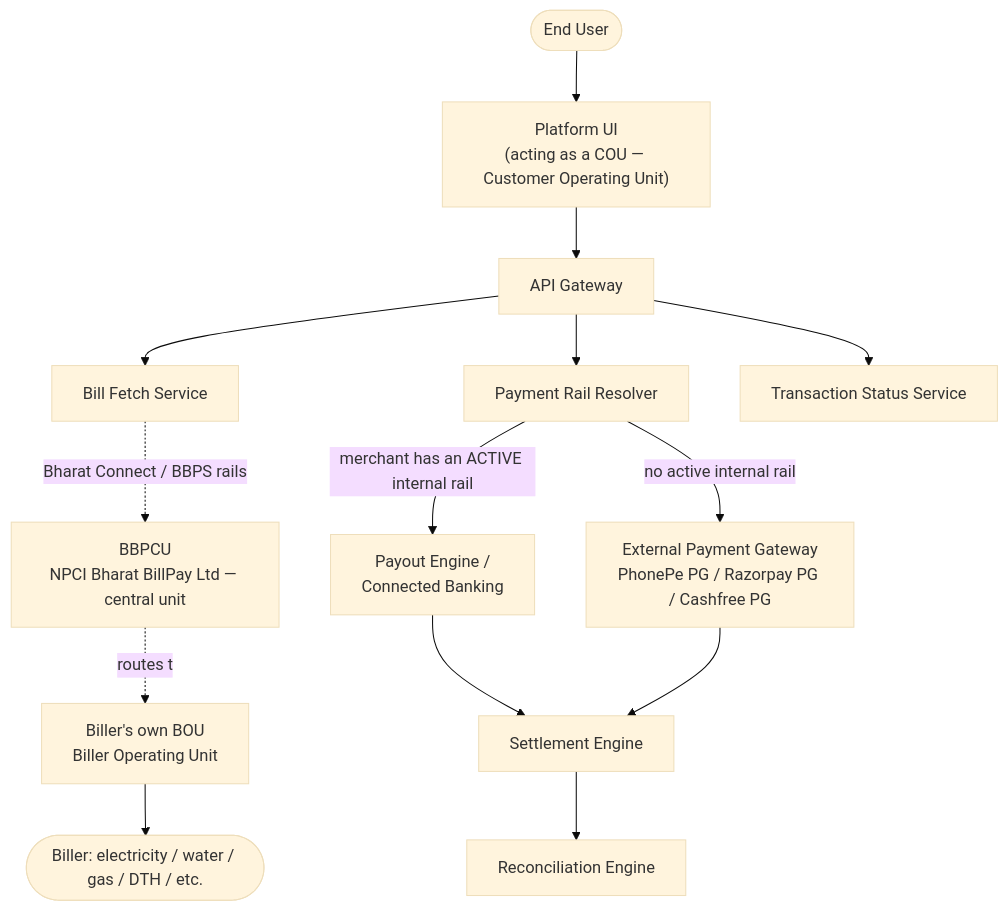
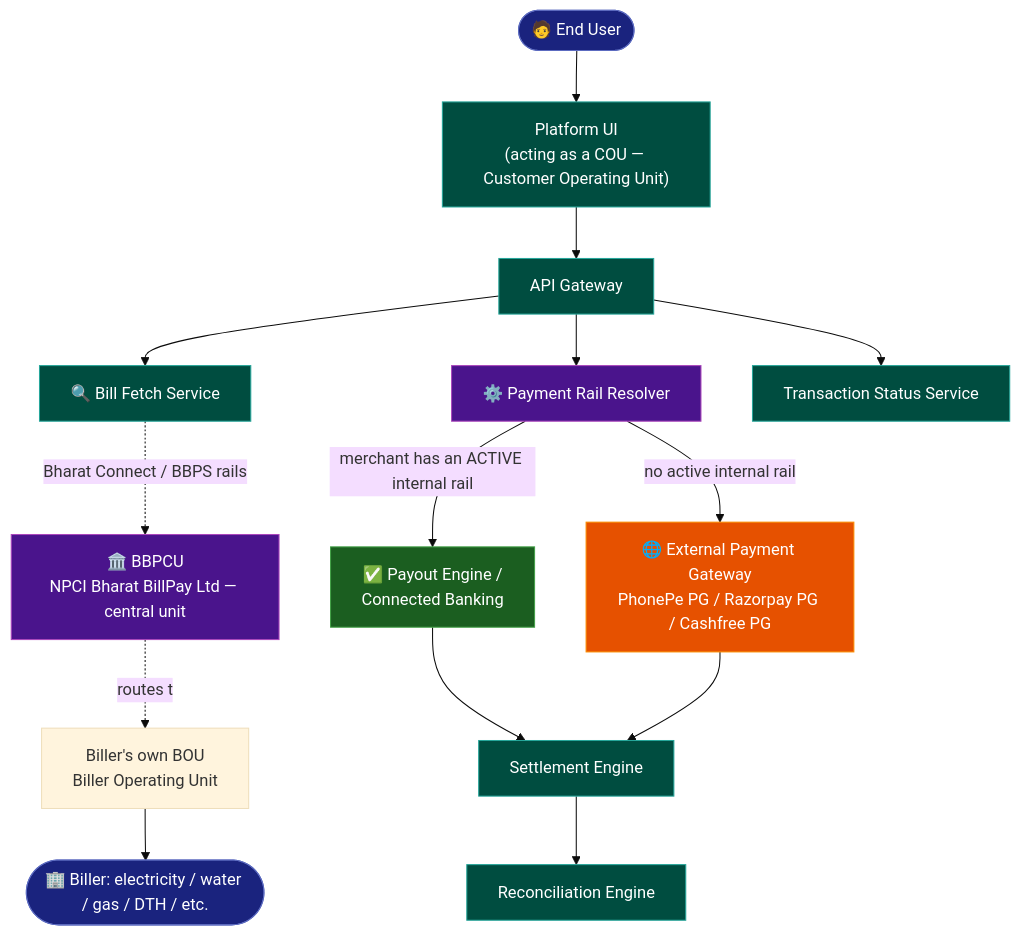
One commit to ghanendra-sdet/bbps-bill-payment-platform changed the first of 5 diagrams in docs/architecture-and-flow.md. Above: the diagram before and after it, drawn with Mermaid (base theme). The commit also changed other lines of this file, not shown here.

Commit message:
docs: enrich architecture diagrams, remove stale cross-document references

````diff
--- a/docs/architecture-and-flow.md
+++ b/docs/architecture-and-flow.md
@@ -15,19 +14,31 @@
 ```mermaid
 flowchart TD
-    User([End User]) --> UI["Platform UI<br/>(acting as a COU — Customer Operating Unit)"]
+    User(["🧑 End User"]) --> UI["Platform UI<br/>(acting as a COU — Customer Operating Unit)"]
     UI --> GW["API Gateway"]
-    GW --> BF["Bill Fetch Service"]
-    GW --> RR["Payment Rail Resolver"]
+    GW --> BF["🔍 Bill Fetch Service"]
+    GW --> RR["⚙️ Payment Rail Resolver"]
     GW --> TS["Transaction Status Service"]
 
-    BF -.Bharat Connect / BBPS rails.-> BBPCU["BBPCU<br/>NPCI Bharat BillPay Ltd — central unit"]
+    BF -.Bharat Connect / BBPS rails.-> BBPCU["🏛️ BBPCU<br/>NPCI Bharat BillPay Ltd — central unit"]
     BBPCU -.routes to.-> BOU["Biller's own BOU<br/>Biller Operating Unit"]
-    BOU --> Biller([Biller: electricity / water / gas / DTH / etc.])
+    BOU --> Biller(["🏢 Biller: electricity / water / gas / DTH / etc."])
 
-    RR -->|merchant has an ACTIVE internal rail| Payout["Payout Engine /<br/>Connected Banking"]
-    RR -->|no active internal rail| ExtPG["External Payment Gateway<br/>PhonePe PG / Razorpay PG / Cashfree PG"]
+    RR -->|merchant has an ACTIVE internal rail| Payout["✅ Payout Engine /<br/>Connected Banking"]
+    RR -->|no active internal rail| ExtPG["🌐 External Payment Gateway<br/>PhonePe PG / Razorpay PG / Cashfree PG"]
 
     Payout --> Settle["Settlement Engine"]
     ExtPG --> Settle
     Settle --> Recon["Reconciliation Engine"]
+
+    classDef person fill:#1a237e,color:#fff,stroke:#5c6bc0,stroke-width:1px
+    classDef gate fill:#4a148c,color:#fff,stroke:#ab47bc,stroke-width:1px
+    classDef service fill:#004d40,color:#fff,stroke:#26a69a,stroke-width:1px
+    classDef good fill:#1b5e20,color:#fff,stroke:#43a047,stroke-width:1px
+    classDef warn fill:#e65100,color:#fff,stroke:#fb8c00,stroke-width:1px
+
+    class User,Biller person
+    class BBPCU,RR gate
+    class UI,GW,BF,TS,Settle,Recon service
+    class Payout good
+    class ExtPG warn
 ```
````
